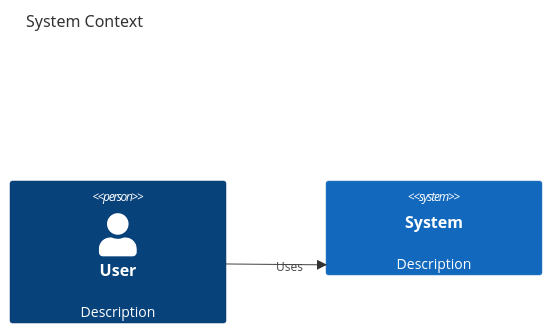
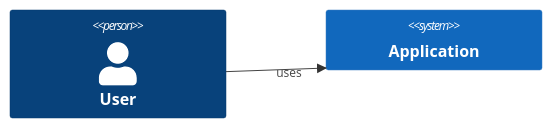
The ninth of 9 diagrams in skills/creating-mermaid-diagrams/references/other-types.md (narumiruna/agent-skills), drawn with Mermaid before and after one commit. The commit also changed other lines of this file and 92 other files, not shown here.

````diff
--- a/skills/creating-mermaid-diagrams/references/other-types.md
+++ b/skills/creating-mermaid-diagrams/references/other-types.md
@@ -166,9 +107,6 @@
 ```mermaid
 C4Context
-    title System Context
-
-    Person(user, "User", "Description")
-    System(system, "System", "Description")
-
-    Rel(user, system, "Uses")
+    Person(user, "User")
+    System(app, "Application")
+    Rel(user, app, "uses")
 ```
````
